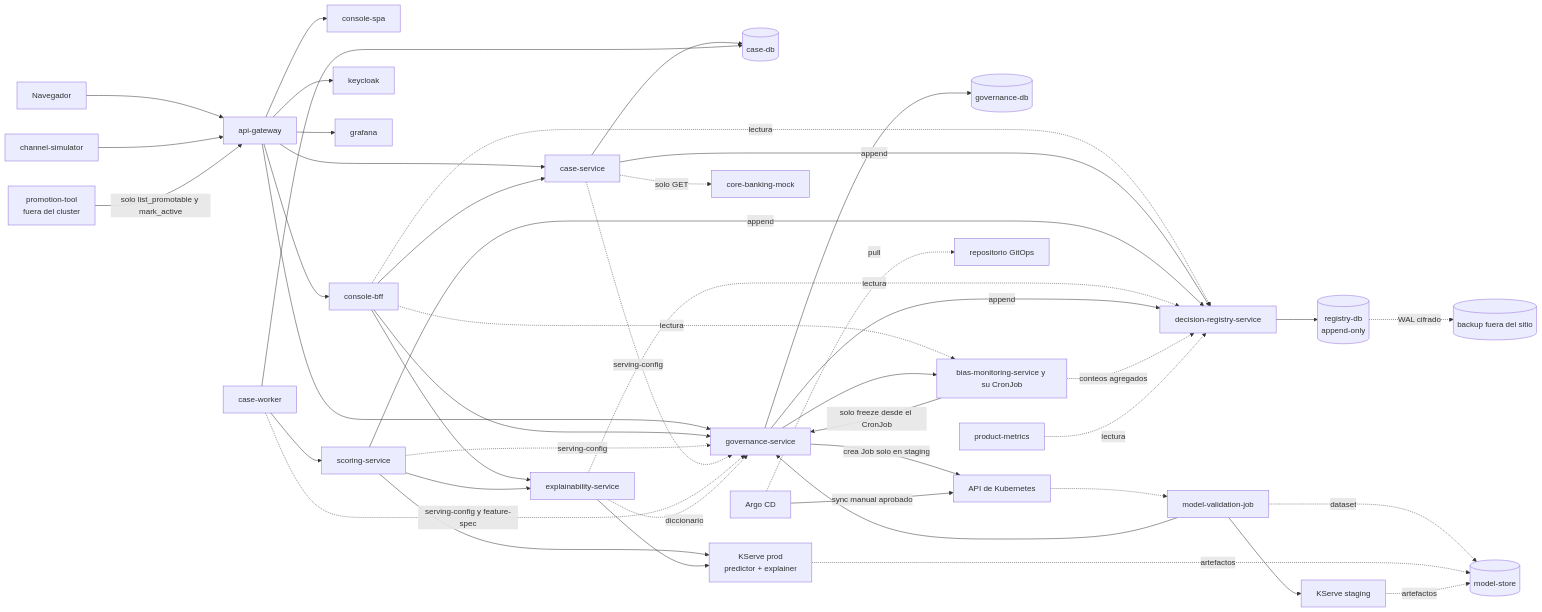
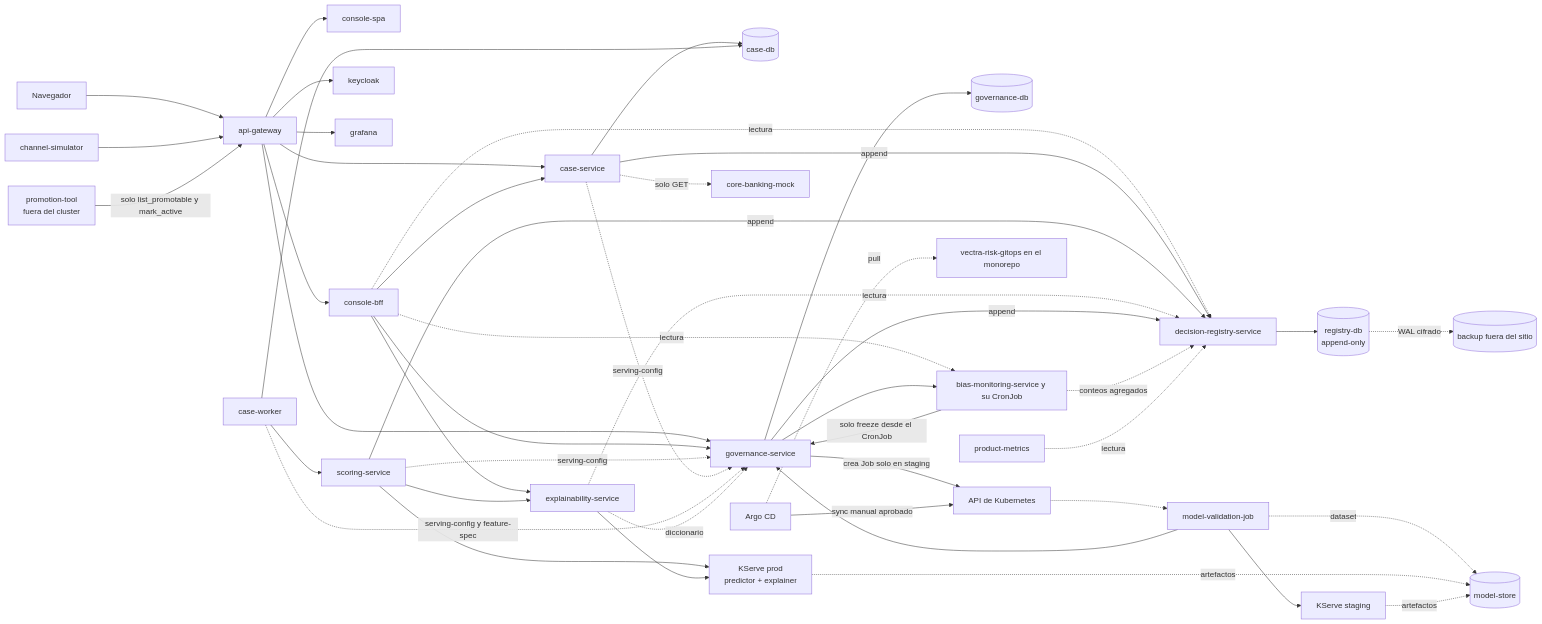
Before and after one commit to jjlloobb/topicos-especiales-credito-de-vivienda: the diagram in vectra-risk/aidlc-docs/inception/application-design/component-dependency.md, drawn with Mermaid. The commit also changed other lines of this file and 513 other files, not shown here.

First line of the commit message:
feat(vectra-risk): implement U1 platform and align U0 and units

````diff
--- a/vectra-risk/aidlc-docs/inception/application-design/component-dependency.md
+++ b/vectra-risk/aidlc-docs/inception/application-design/component-dependency.md
@@ -315,76 +327,76 @@
 ```mermaid
 flowchart LR
     BR["Navegador"]
     SIM["channel-simulator"]
     GW["api-gateway"]
     SPA["console-spa"]
     BFF["console-bff"]
     KC["keycloak"]
     GRAF["grafana"]
     CASE["case-service"]
     CDB[("case-db")]
     SC["scoring-service"]
     EX["explainability-service"]
     KS["KServe prod<br/>predictor + explainer"]
     KSS["KServe staging"]
     MS[("model-store")]
     GOV["governance-service"]
     GDB[("governance-db")]
     VJ["model-validation-job"]
     BM["bias-monitoring-service y su CronJob"]
     REG["decision-registry-service"]
     RDB[("registry-db<br/>append-only")]
     PM["product-metrics"]
     CORE["core-banking-mock"]
     K8S["API de Kubernetes"]
     BKP[("backup fuera del sitio")]
-    GIT["repositorio GitOps"]
+    GIT["vectra-risk-gitops en el monorepo"]
     ARGO["Argo CD"]
 
     BR --> GW
     SIM --> GW
     GW --> SPA
     GW --> BFF
     GW --> CASE
     GW --> KC
     GW --> GRAF
     PT["promotion-tool<br/>fuera del cluster"] -->|solo list_promotable y mark_active| GW
     GW --> GOV
     BFF --> CASE
     BFF --> GOV
     BFF --> EX
     BFF -. lectura .-> REG
     BFF -. lectura .-> BM
     CASE --> CDB
     WRK["case-worker"]
     WRK --> CDB
     WRK --> SC
     CASE -->|append| REG
     CASE -. solo GET .-> CORE
     SC -. serving-config .-> GOV
     CASE -. serving-config .-> GOV
     WRK -. serving-config y feature-spec .-> GOV
     EX -. diccionario .-> GOV
     SC --> KS
     SC --> EX
     SC -->|append| REG
     EX --> KS
     EX -. lectura .-> REG
     GOV --> GDB
     GOV -->|append| REG
     GOV --> BM
     GOV -->|crea Job solo en staging| K8S
     K8S -.-> VJ
     VJ --> KSS
     VJ --> GOV
     VJ -. dataset .-> MS
     KS -. artefactos .-> MS
     KSS -. artefactos .-> MS
     BM -. conteos agregados .-> REG
     BM -->|solo freeze desde el CronJob| GOV
     REG --> RDB
     PM -. lectura .-> REG
     RDB -. WAL cifrado .-> BKP
     ARGO -. pull .-> GIT
     ARGO -->|sync manual aprobado| K8S
 ```
````
